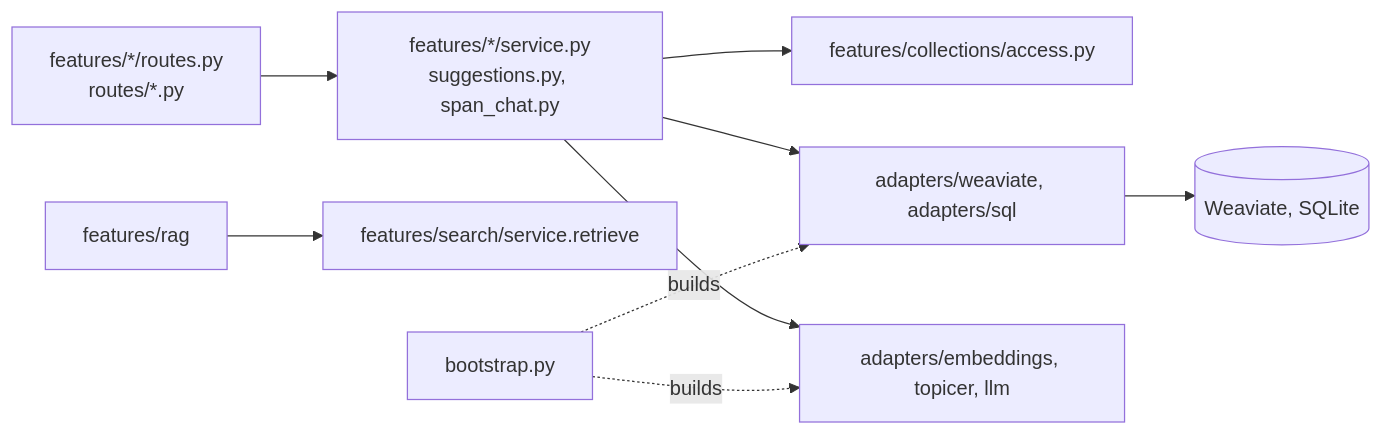
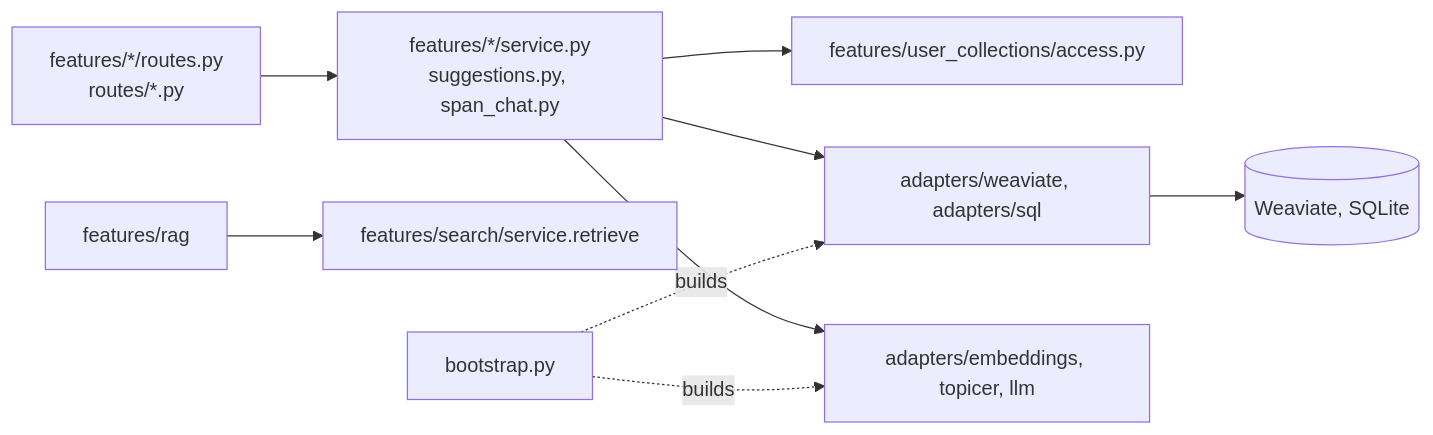
The second of 5 diagrams in docs/ARCHITECTURE.md (DCGM/semant-demo), drawn with Mermaid before and after one commit. The commit also changed other lines of this file and 45 other files, not shown here.

First line of the commit message:
Refactor: standardize user_collections backend routes and naming (#287)

````diff
--- a/docs/ARCHITECTURE.md
+++ b/docs/ARCHITECTURE.md
@@ -104,11 +106,11 @@
 ```mermaid
 flowchart LR
     Routes["features/*/routes.py<br/>routes/*.py"] --> Services["features/*/service.py<br/>suggestions.py, span_chat.py"]
-    Services --> Access["features/collections/access.py"]
+    Services --> Access["features/user_collections/access.py"]
     Services --> Adapters["adapters/weaviate, adapters/sql"]
     Services --> Providers["adapters/embeddings, topicer, llm"]
     RAG["features/rag"] --> Search["features/search/service.retrieve"]
     Bootstrap["bootstrap.py"] -. builds .-> Adapters
     Bootstrap -. builds .-> Providers
     Adapters --> Stores[("Weaviate, SQLite")]
 ```
````
